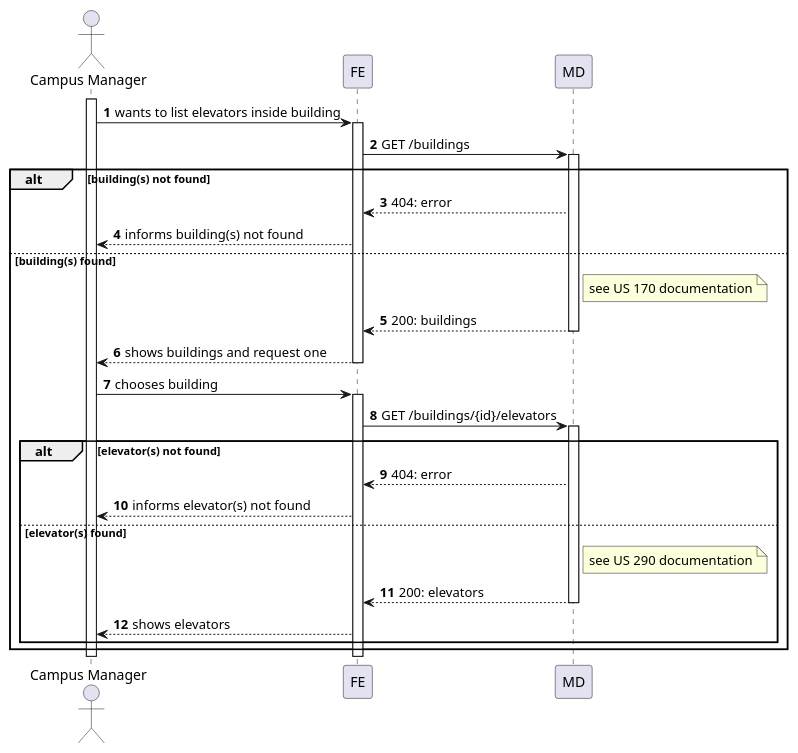
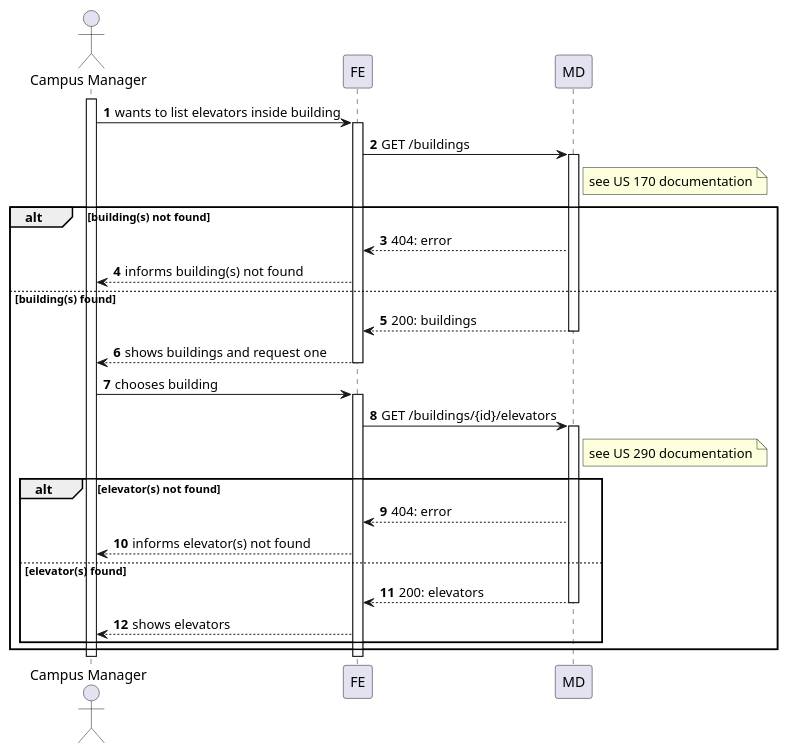
One commit to Departamento-de-Engenharia-Informatica/lapr5-23-24-g19 changed the diagram in docs/us1140/level2/process-view.puml. Above: the diagram before and after it, drawn with PlantUML. The commit also changed 13 other files, not shown here.

```diff
--- a/docs/us1140/level2/process-view.puml
+++ b/docs/us1140/level2/process-view.puml
@@ -1,47 +1,49 @@
 @startuml
 autonumber
 
 actor "Campus Manager" as usr
 
 participant "FE" as ui
 participant "MD" as md
 
 activate usr
     usr -> ui : wants to list elevators inside building
     activate ui
         ui -> md : GET /buildings
+        note right of md : see US 170 documentation
         activate md
 
         alt building(s) not found
                 md --> ui : 404: error
                 ui --> usr : informs building(s) not found
         else building(s) found
-                note right of md : see US 170 documentation
+
                 md --> ui : 200: buildings
                  deactivate md
                  ui --> usr : shows buildings and request one
     deactivate ui
 
 
     usr -> ui : chooses building
     activate ui
         ui -> md : GET /buildings/{id}/elevators
+        note right of md : see US 290 documentation
         activate md
 
         alt elevator(s) not found
             md --> ui : 404: error
             ui --> usr : informs elevator(s) not found
         else elevator(s) found
 
-            note right of md : see US 290 documentation
+
             md --> ui : 200: elevators
         deactivate md
 
         ui --> usr : shows elevators
 
         end
     end
     deactivate ui
 deactivate usr
 
 @enduml
```
